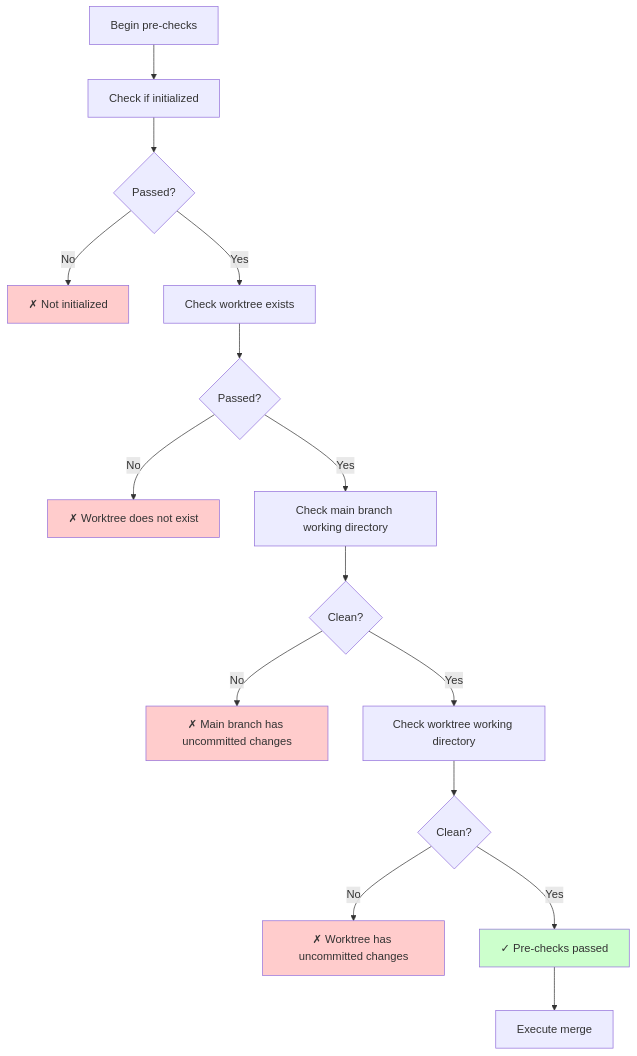
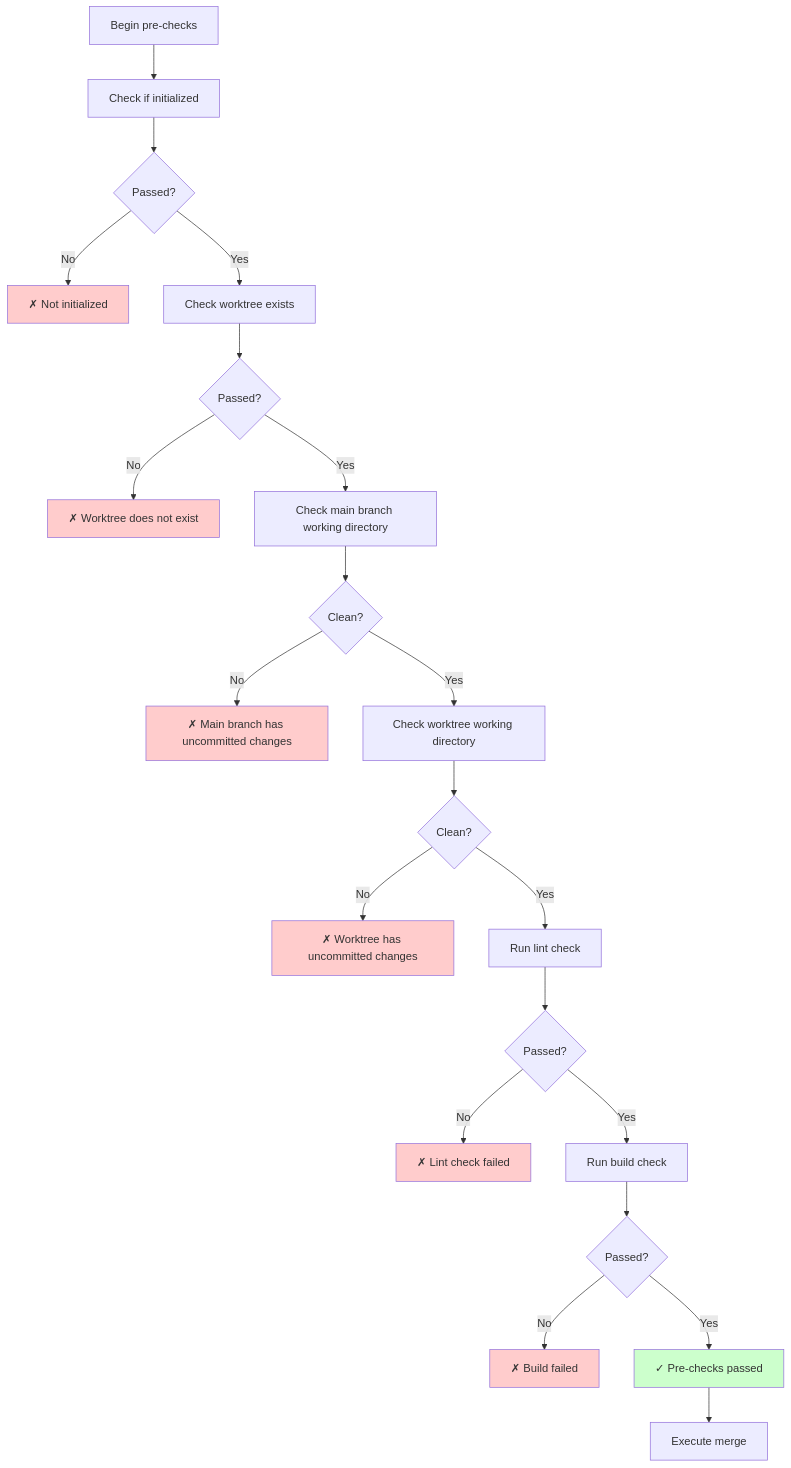
The fourth of 6 diagrams in docs-en/design-merge-command.md (colin-han/colyn), drawn with Mermaid before and after one commit. The commit also changed other lines of this file and 6 other files, not shown here.

````diff
--- a/docs-en/design-merge-command.md
+++ b/docs-en/design-merge-command.md
@@ -266,27 +271,37 @@
 ```mermaid
 graph TD
     Start[Begin pre-checks] --> Check1[Check if initialized]
     Check1 --> Pass1{Passed?}
     Pass1 -->|No| Error1[✗ Not initialized]
     Pass1 -->|Yes| Check2[Check worktree exists]
 
     Check2 --> Pass2{Passed?}
     Pass2 -->|No| Error2[✗ Worktree does not exist]
     Pass2 -->|Yes| Check3[Check main branch working directory]
 
     Check3 --> Pass3{Clean?}
     Pass3 -->|No| Error3[✗ Main branch has uncommitted changes]
     Pass3 -->|Yes| Check4[Check worktree working directory]
 
     Check4 --> Pass4{Clean?}
     Pass4 -->|No| Error4[✗ Worktree has uncommitted changes]
-    Pass4 -->|Yes| Success[✓ Pre-checks passed]
+    Pass4 -->|Yes| Check5[Run lint check]
+
+    Check5 --> Pass5{Passed?}
+    Pass5 -->|No| Error5[✗ Lint check failed]
+    Pass5 -->|Yes| Check6[Run build check]
+
+    Check6 --> Pass6{Passed?}
+    Pass6 -->|No| Error6[✗ Build failed]
+    Pass6 -->|Yes| Success[✓ Pre-checks passed]
 
     Success --> Merge[Execute merge]
 
     style Error1 fill:#ffcccc
     style Error2 fill:#ffcccc
     style Error3 fill:#ffcccc
     style Error4 fill:#ffcccc
+    style Error5 fill:#ffcccc
+    style Error6 fill:#ffcccc
     style Success fill:#ccffcc
 ```
````
